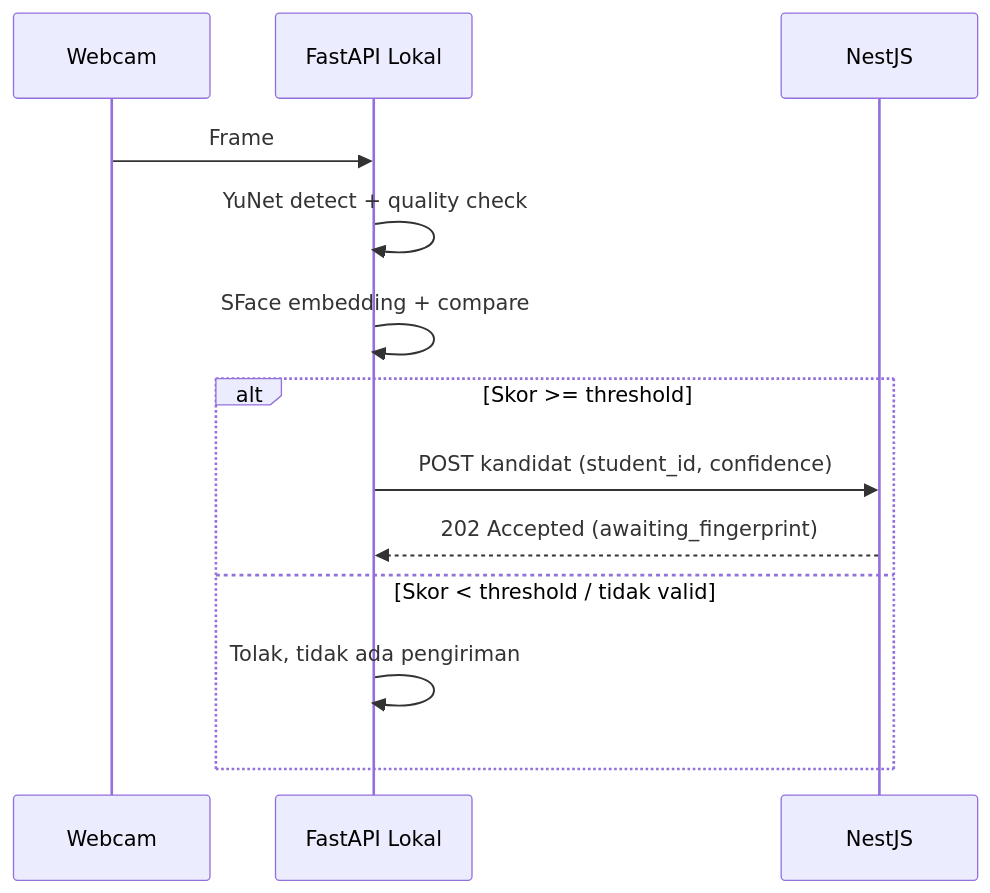
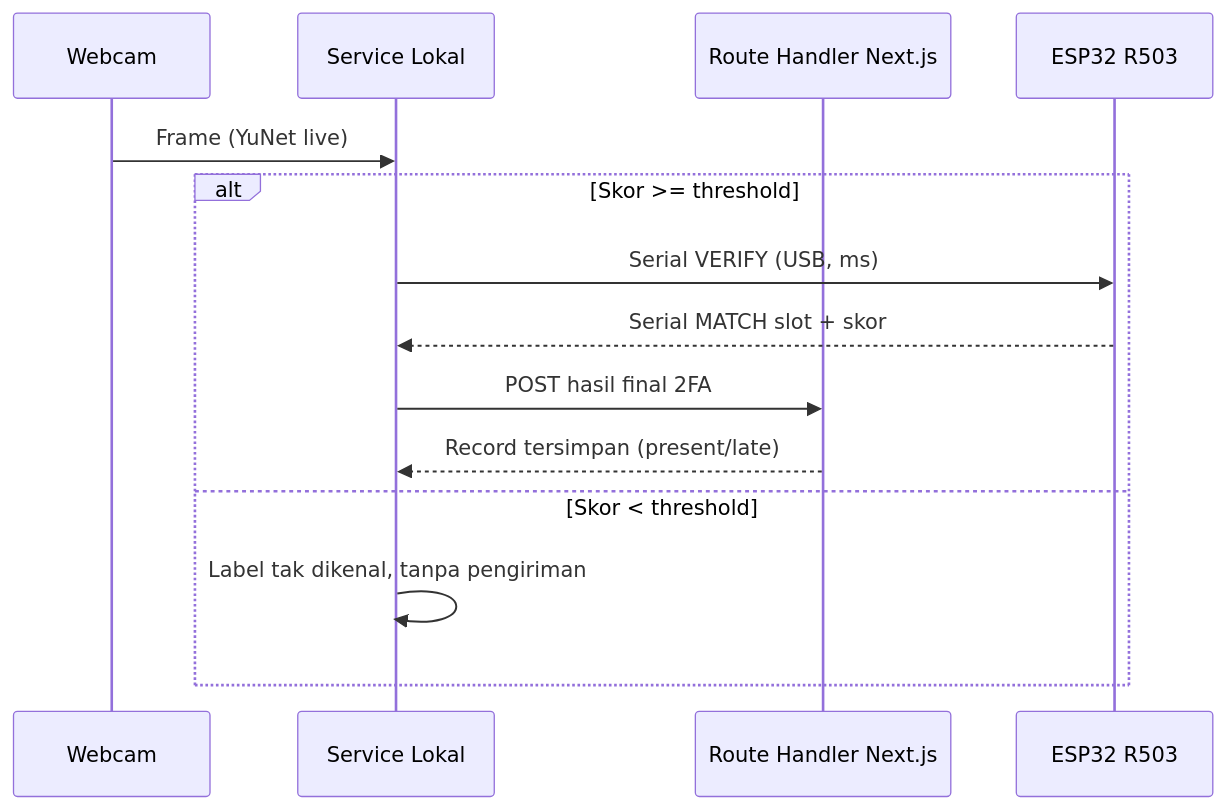
One commit to DandiKurnia/ProyekSK changed the second of 2 diagrams in ObsidianAllProgramSK/docs/face-recognition.md. Above: the diagram before and after it, drawn with Mermaid. The commit also changed other lines of this file and 18 other files, not shown here.

Commit message:
docs(arch): adopt Next.js + Supabase + USB serial topology and record daily log

````diff
--- a/ObsidianAllProgramSK/docs/face-recognition.md
+++ b/ObsidianAllProgramSK/docs/face-recognition.md
@@ -200,15 +208,16 @@
 ```mermaid
 sequenceDiagram
     participant W as Webcam
-    participant F as FastAPI Lokal
-    participant B as NestJS
-    W->>F: Frame
-    F->>F: YuNet detect + quality check
-    F->>F: SFace embedding + compare
+    participant F as Service Lokal
+    participant B as Route Handler Next.js
+    participant E as ESP32 R503
+    W->>F: Frame (YuNet live)
     alt Skor >= threshold
-        F->>B: POST kandidat (student_id, confidence)
-        B-->>F: 202 Accepted (awaiting_fingerprint)
-    else Skor < threshold / tidak valid
-        F->>F: Tolak, tidak ada pengiriman
+        F->>E: Serial VERIFY (USB, ms)
+        E-->>F: Serial MATCH slot + skor
+        F->>B: POST hasil final 2FA
+        B-->>F: Record tersimpan (present/late)
+    else Skor < threshold
+        F->>F: Label tak dikenal, tanpa pengiriman
     end
 ```
````
